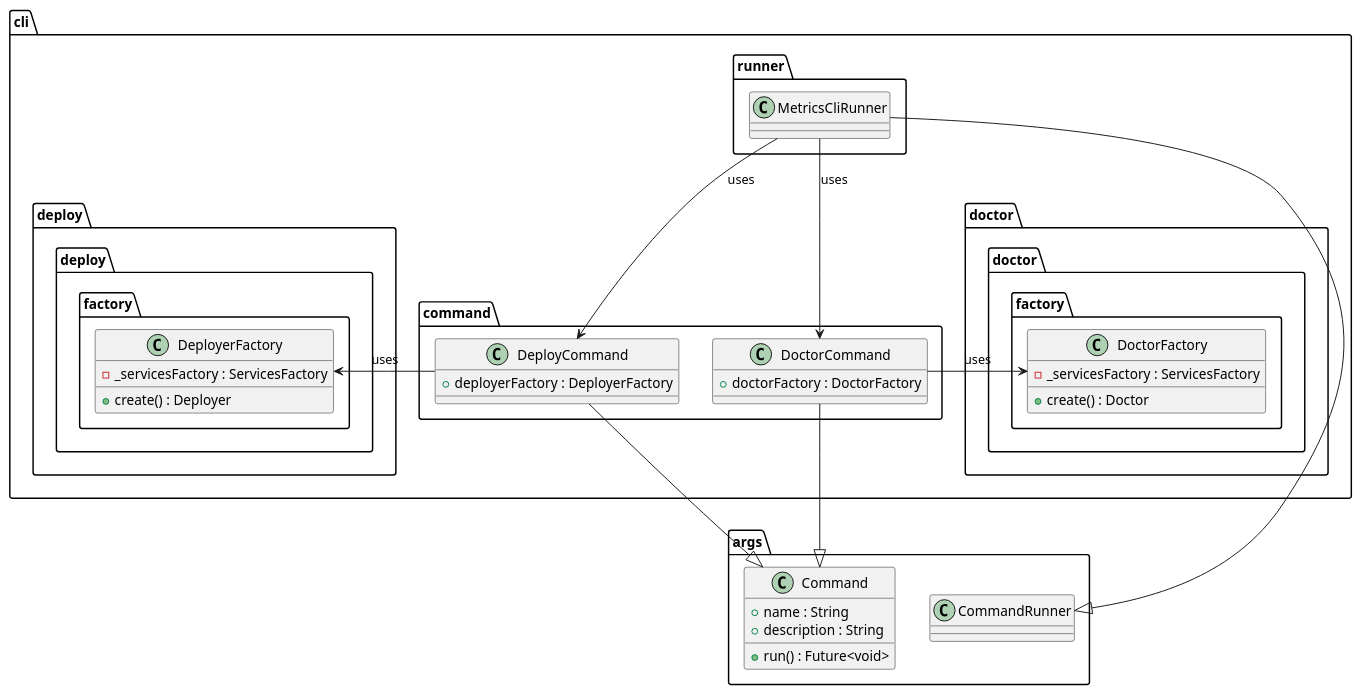
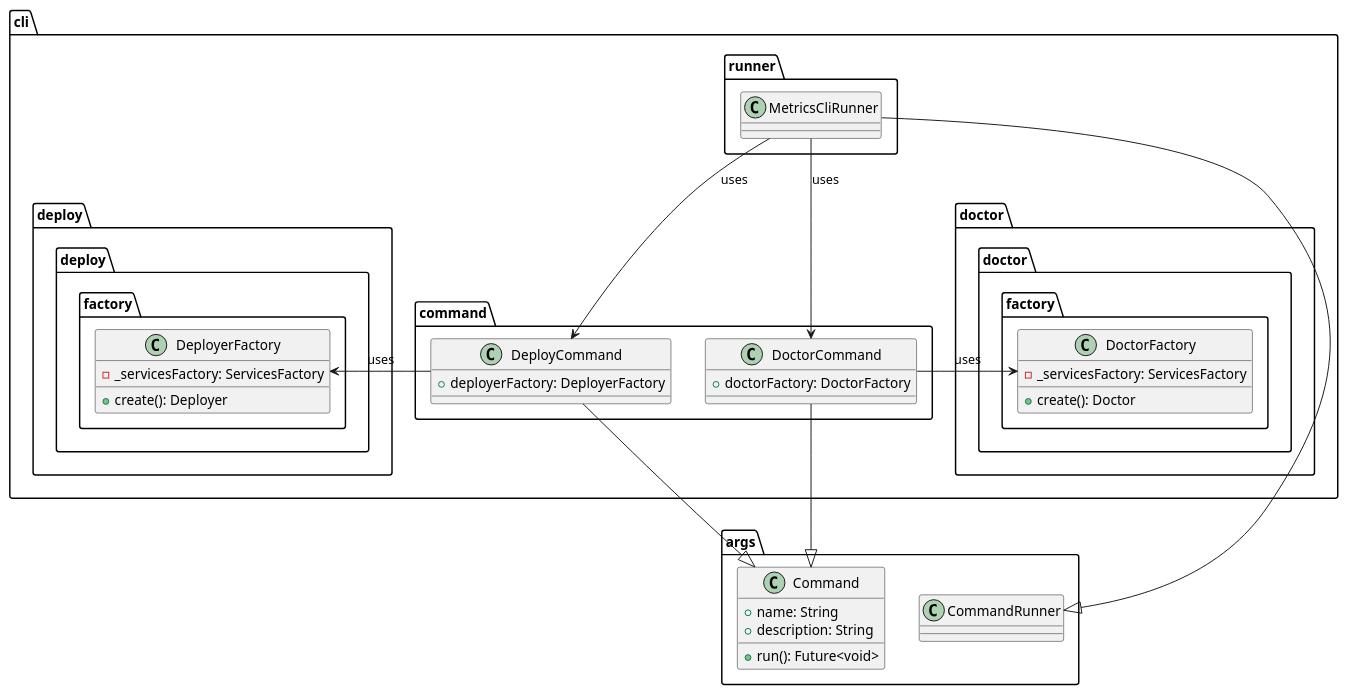
Before and after one commit to Flank/flank-dashboard: the diagram in metrics/cli/docs/diagrams/metrics_cli_runner_class_diagram.puml, drawn with PlantUML. The commit also changed 7 other files, not shown here.

```diff
--- a/metrics/cli/docs/diagrams/metrics_cli_runner_class_diagram.puml
+++ b/metrics/cli/docs/diagrams/metrics_cli_runner_class_diagram.puml
@@ -1,57 +1,57 @@
 @startuml metrics_cli_runner_class_diagram
 
 package args {
     class CommandRunner{}
     class Command {
-        + name : String
-        + description : String
-        + run() : Future<void>
+        + name: String
+        + description: String
+        + run(): Future<void>
     }
 }
 
 package cli {
     package doctor {
         package factory as doctor.factory {
             class DoctorFactory {
-            - _servicesFactory : ServicesFactory
-            + create() : Doctor
+            - _servicesFactory: ServicesFactory
+            + create(): Doctor
             }
         }
     }
 
     package runner {
         class MetricsCliRunner {}
     }
 
     package command {
         class DeployCommand {
-            + deployerFactory : DeployerFactory
+            + deployerFactory: DeployerFactory
         }
 
         class DoctorCommand {
-            + doctorFactory : DoctorFactory
+            + doctorFactory: DoctorFactory
         }
     }
 
     package deploy {
         package factory as deploy.factory{
             class DeployerFactory {
-                - _servicesFactory : ServicesFactory
-                + create() : Deployer
+                - _servicesFactory: ServicesFactory
+                + create(): Deployer
             }
         }
     }
 }
 
-MetricsCliRunner --> DoctorCommand : uses
-MetricsCliRunner --> DeployCommand : uses
-DeployCommand -left-> DeployerFactory : uses
-DoctorCommand -right-> DoctorFactory : uses
+MetricsCliRunner --> DoctorCommand: uses
+MetricsCliRunner --> DeployCommand: uses
+DeployCommand -left-> DeployerFactory: uses
+DoctorCommand -right-> DoctorFactory: uses
 
 DeployCommand --|> Command
 DoctorCommand --|> Command
 
 MetricsCliRunner --|> CommandRunner
 
 
 @enduml
```
